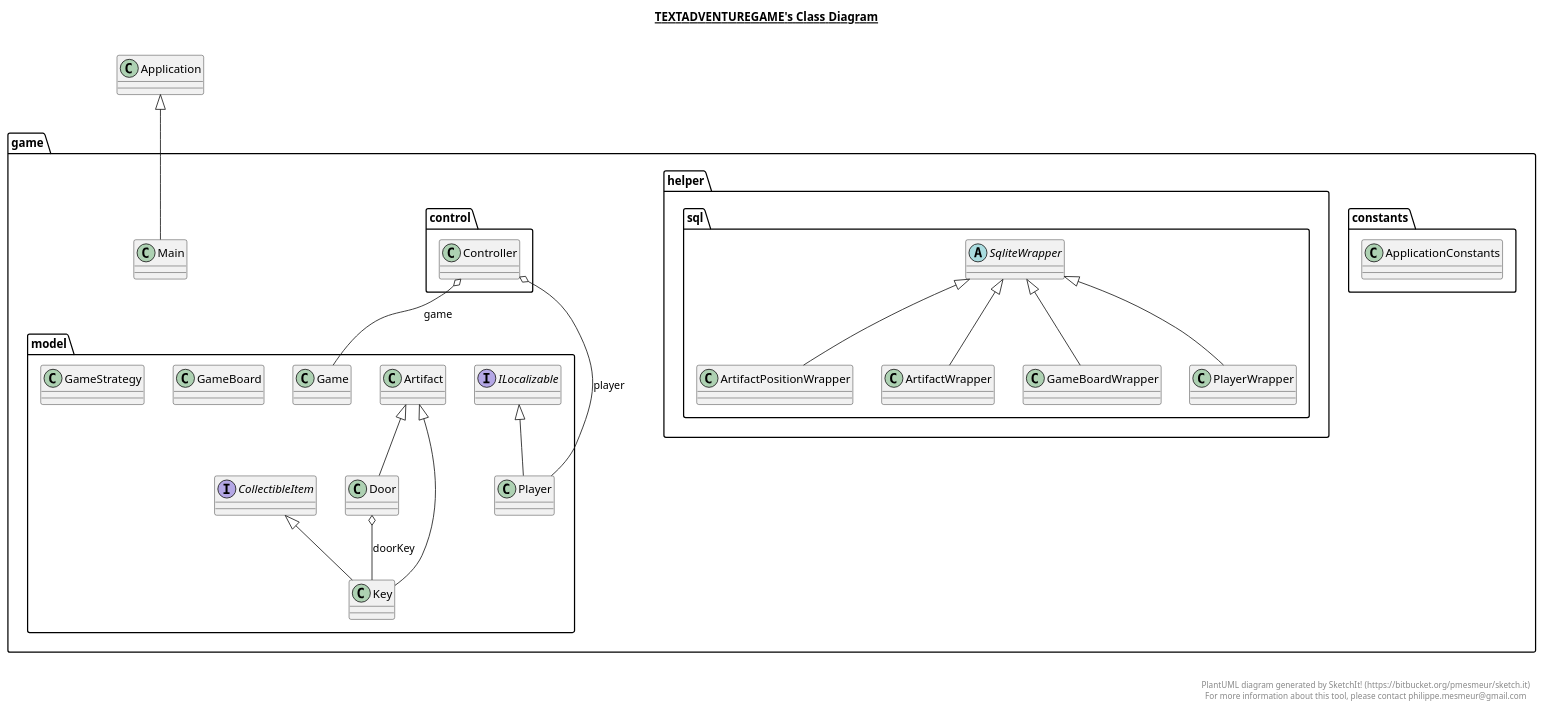
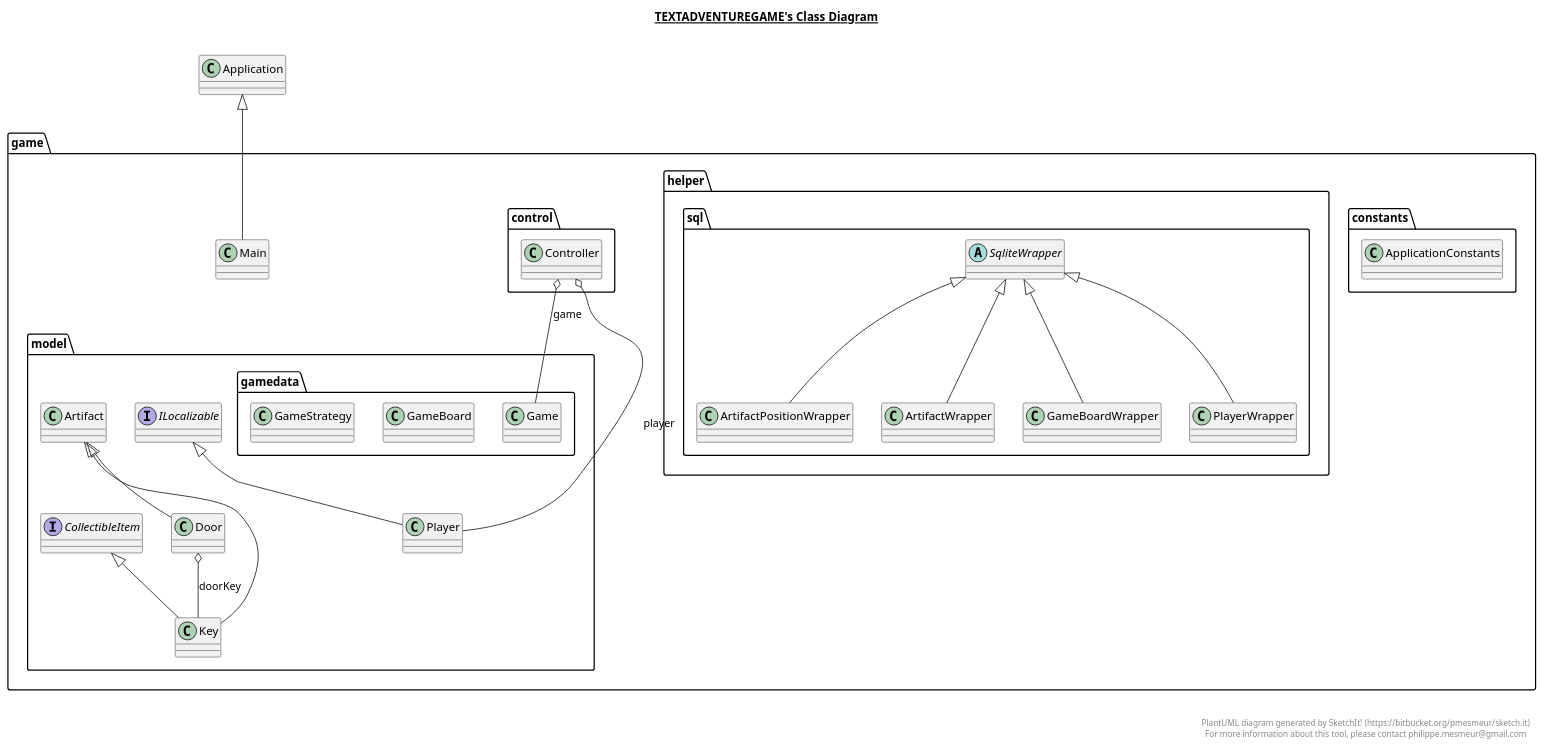
One commit to rflorian2017/TextAdventureGame changed the diagram in TextAdventureGame.plantuml. Above: the diagram before and after it, drawn with PlantUML. The commit also changed 8 other files, not shown here.

```diff
--- a/TextAdventureGame.plantuml
+++ b/TextAdventureGame.plantuml
@@ -1,160 +1,166 @@
 @startuml
 
 title __TEXTADVENTUREGAME's Class Diagram__\n
 
   package game {
     package game.constants {
       class ApplicationConstants {
       }
     }
   }
   
 
   package game {
     package game.model {
       class Artifact {
       }
     }
   }
   
 
   package game {
     package game.helper.sql {
       class ArtifactPositionWrapper {
       }
     }
   }
   
 
   package game {
     package game.helper.sql {
       class ArtifactWrapper {
       }
     }
   }
   
 
   package game {
     package game.model {
       interface CollectibleItem {
       }
     }
   }
   
 
   package game {
     package game.control {
       class Controller {
       }
     }
   }
   
 
   package game {
     package game.model {
       class Door {
       }
     }
   }
   
 
   package game {
     package game.model {
-      class Game {
+      package game.model.gamedata {
+        class Game {
+        }
       }
     }
   }
   
 
   package game {
     package game.model {
-      class GameBoard {
+      package game.model.gamedata {
+        class GameBoard {
+        }
       }
     }
   }
   
 
   package game {
     package game.helper.sql {
       class GameBoardWrapper {
       }
     }
   }
   
 
   package game {
     package game.model {
-      class GameStrategy {
+      package game.model.gamedata {
+        class GameStrategy {
+        }
       }
     }
   }
   
 
   package game {
     package game.model {
       interface ILocalizable {
       }
     }
   }
   
 
   package game {
     package game.model {
       class Key {
       }
     }
   }
   
 
   package game {
     class Main {
     }
   }
   
 
   package game {
     package game.model {
       class Player {
       }
     }
   }
   
 
   package game {
     package game.helper.sql {
       class PlayerWrapper {
       }
     }
   }
   
 
   package game {
     package game.helper.sql {
       abstract class SqliteWrapper {
       }
     }
   }
   
 
   ArtifactPositionWrapper -up-|> SqliteWrapper
   ArtifactWrapper -up-|> SqliteWrapper
   Controller o-- Game : game
   Controller o-- Player : player
   Door -up-|> Artifact
   Door o-- Key : doorKey
   GameBoardWrapper -up-|> SqliteWrapper
   Key -up-|> CollectibleItem
   Key -up-|> Artifact
   Main -up-|> Application
   Player -up-|> ILocalizable
   PlayerWrapper -up-|> SqliteWrapper
 
 
 right footer
 
 
 PlantUML diagram generated by SketchIt! (https://bitbucket.org/pmesmeur/sketch.it)
 For more information about this tool, please contact philippe.mesmeur@gmail.com
 endfooter
 
 @enduml
```
